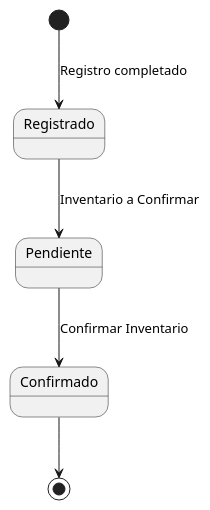
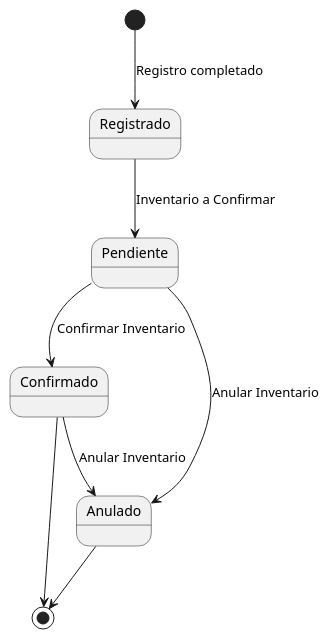
Before and after one commit to marcelolezcanodev/GarageGuru: the diagram in Diagramas/estadp-inventario.plantuml, drawn with PlantUML. The commit also changed 11 other files, not shown here.

```diff
--- a/Diagramas/estadp-inventario.plantuml
+++ b/Diagramas/estadp-inventario.plantuml
@@ -1,6 +1,9 @@
 @startuml estado-Inventario
 [*] --> Registrado : Registro completado
 Registrado --> Pendiente : Inventario a Confirmar
 Pendiente --> Confirmado : Confirmar Inventario
+Pendiente --> Anulado : Anular Inventario
+Confirmado --> Anulado : Anular Inventario
 Confirmado --> [*]
+Anulado --> [*]
 @enduml
```
